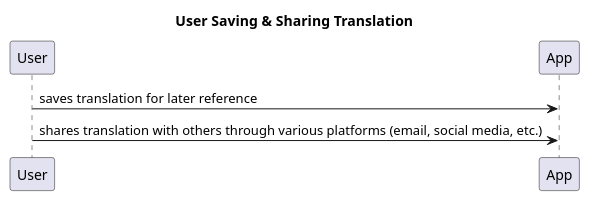
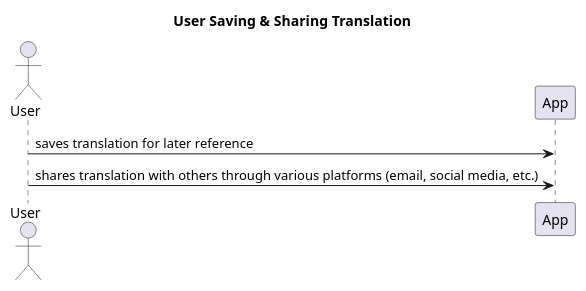
Before and after one commit to developers-cosmos/Mimasa: the second of 2 diagrams in mimasa/docs/design/user-interaction.puml, drawn with PlantUML. The commit also changed other lines of this file and 3 other files, not shown here.

```diff
--- a/mimasa/docs/design/user-interaction.puml
+++ b/mimasa/docs/design/user-interaction.puml
@@ -14,8 +16,10 @@
 @startuml User Saving & Sharing Translation
 
 title User Saving & Sharing Translation
+
+actor User
 
 User -> App : saves translation for later reference
 User -> App : shares translation with others through various platforms (email, social media, etc.)
 
 @enduml
```
